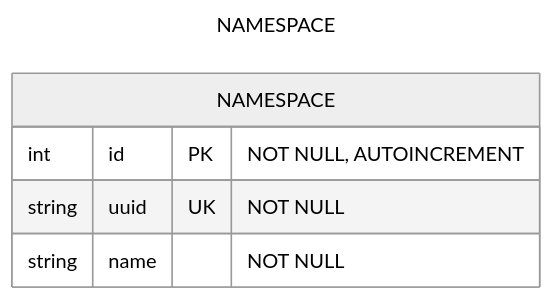
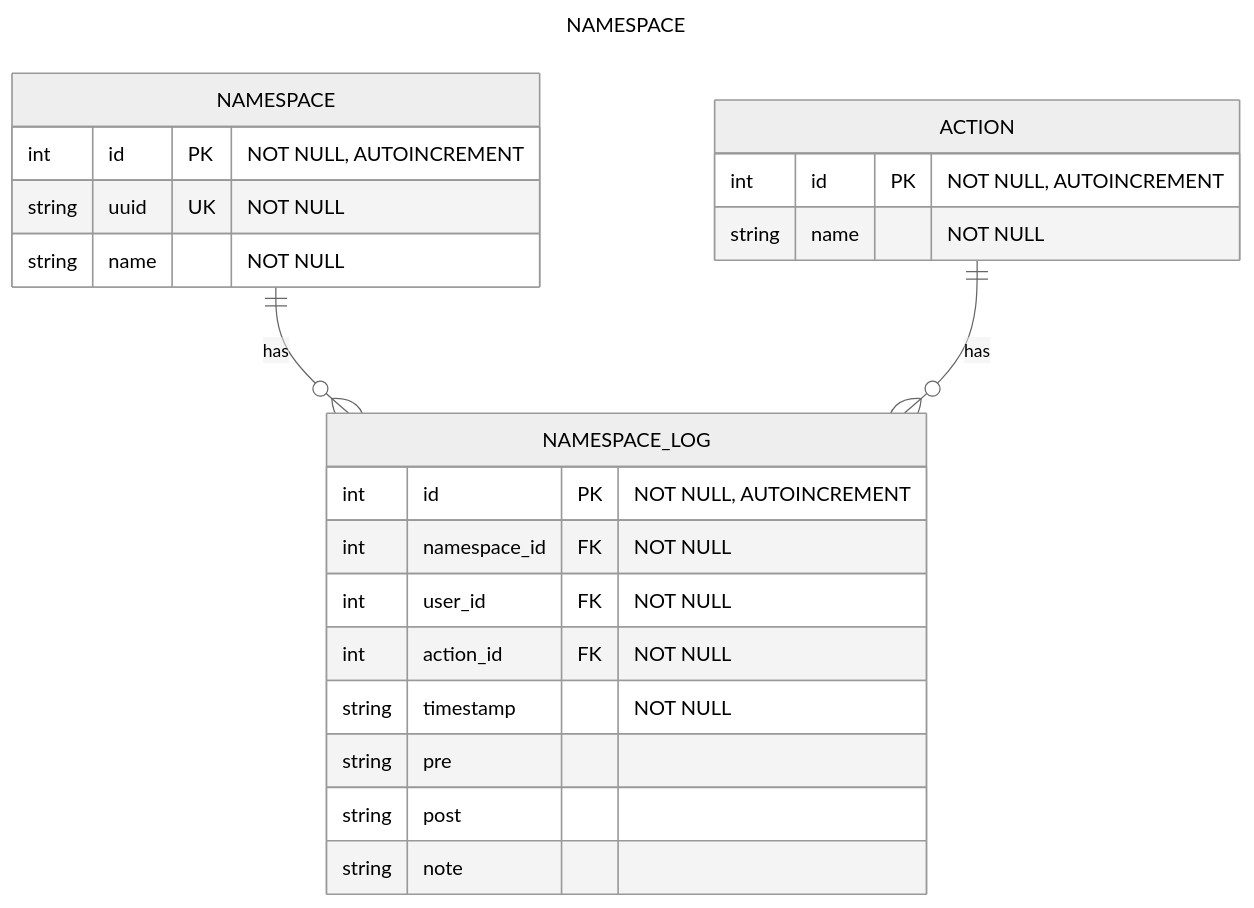
One commit to polarlabs/kodiak-diagrams changed the diagram in DATABASE-SCHEMA.md. Above: the diagram before and after it, drawn with Mermaid (neutral theme).

Commit message:
add: change log.

````diff
--- a/DATABASE-SCHEMA.md
+++ b/DATABASE-SCHEMA.md
@@ -5,11 +5,27 @@
 ```mermaid
 ---
 title: NAMESPACE
 ---
 erDiagram
     NAMESPACE {
         int    id   PK "NOT NULL, AUTOINCREMENT"
         string uuid UK "NOT NULL"
         string name    "NOT NULL"
     }
+    NAMESPACE_LOG {
+        int       id           PK "NOT NULL, AUTOINCREMENT"
+        int       namespace_id FK "NOT NULL"
+        int       user_id      FK "NOT NULL"
+        int       action_id    FK "NOT NULL"
+        string    timestamp       "NOT NULL"
+        string    pre
+        string    post
+        string    note 
+    }
+    ACTION {
+        int       id           PK "NOT NULL, AUTOINCREMENT"
+        string    name            "NOT NULL"
+    }
+    NAMESPACE ||--o{ NAMESPACE_LOG               : has
+    ACTION    ||--o{ NAMESPACE_LOG               : has
 ```
````
